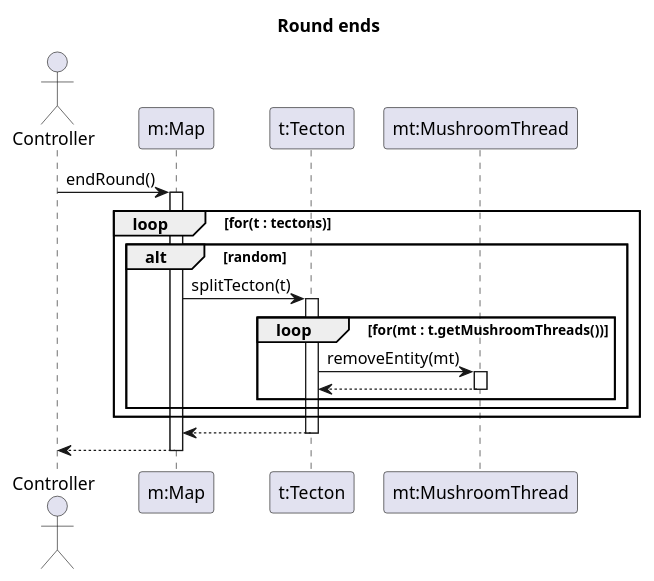
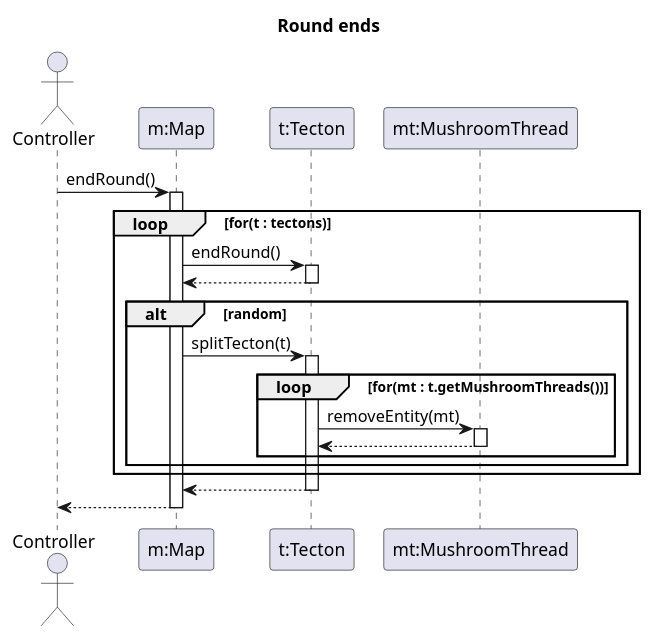
One commit to Petya-G/fungorium changed the diagram in 3/sequence/endRound.puml. Above: the diagram before and after it, drawn with PlantUML. The commit also changed 3 other files, not shown here.

Commit message:
# more diagrams

```diff
--- a/3/sequence/endRound.puml
+++ b/3/sequence/endRound.puml
@@ -1,32 +1,37 @@
 @startuml endRound
 title Round ends
 
 actor Controller
 participant "m:Map" as M
 participant "t:Tecton" as T
 participant "mt:MushroomThread" as MT
 
 Controller -> M: endRound()
 
 activate M
 loop for(t : tectons)
+    M -> T: endRound()
+    activate T
+    M <-- T
+    deactivate T
+
     alt random
 
         M -> T: splitTecton(t)
 
         activate T
         loop for(mt : t.getMushroomThreads())
             T -> MT: removeEntity(mt)
             activate MT
 
             T <-- MT
             deactivate MT
         end
     end
 end
 M <-- T
 deactivate T
 
 Controller <-- M
 deactivate M
 @enduml
```
